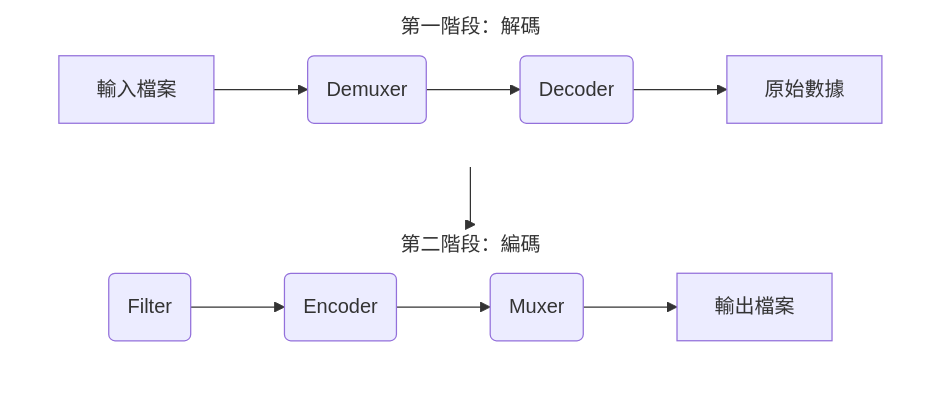
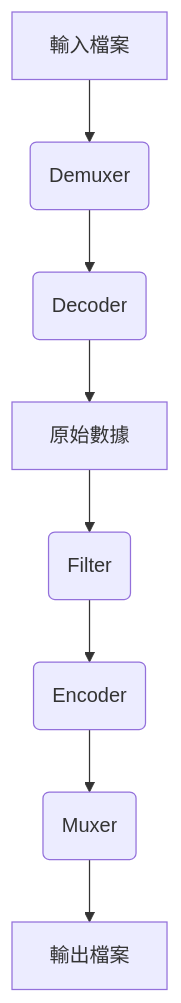
The diagram in README.md (Pigtnt/hevc-avc-jpeg-comparison), drawn with Mermaid before and after one commit.

Commit message:
HEVC-AVC-JPEG-comparison

````diff
--- a/README.md
+++ b/README.md
@@ -7,22 +7,4 @@
 ```mermaid
-%%{ init: { 'flowchart': { 'curve': 'step' } } }%%
 graph TD
-    %% 設定第一排：水平流向 (A->D)
-    subgraph Row1 [第一階段：解碼]
-        direction LR
-        A[輸入檔案] --> B(Demuxer) --> C(Decoder) --> D[原始數據]
-    end
-
-    %% 設定第二排：水平流向 (E->H)
-    subgraph Row2 [第二階段：編碼]
-        direction LR
-        E(Filter) --> F(Encoder) --> G(Muxer) --> H[輸出檔案]
-    end
-
-    %% 連接兩排 (D 連到 E)
-    D --> E
-
-    %% 樣式美化 (隱藏子圖表的框線，讓它看起來像一個整體)
-    style Row1 fill:none,stroke:none
-    style Row2 fill:none,stroke:none
+    A[輸入檔案] --> B(Demuxer) --> C(Decoder) --> D[原始數據] --> E(Filter) --> F(Encoder) --> G(Muxer) --> H[輸出檔案]
 ```
````
